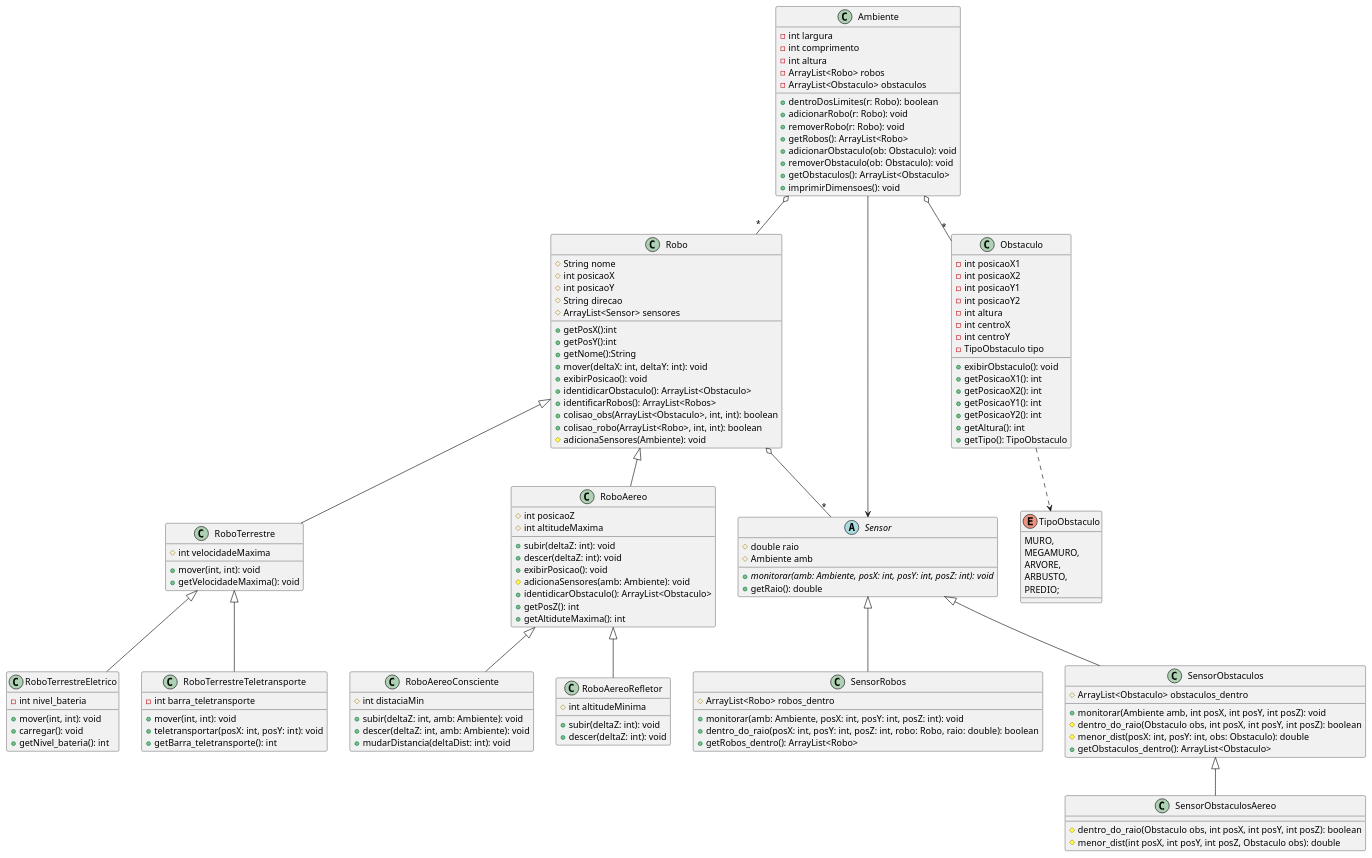
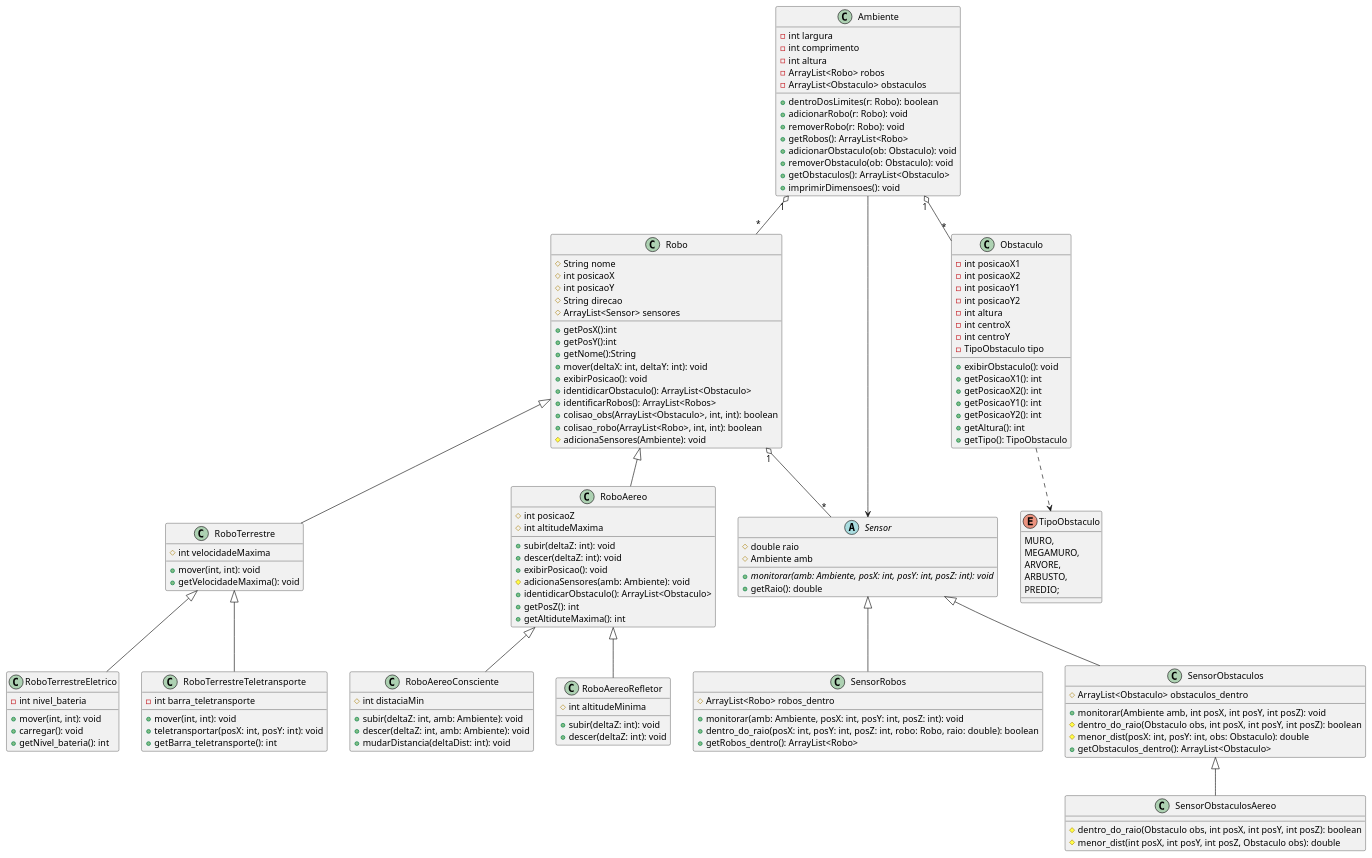
Before and after one commit to MSCII7/MC322: the diagram in teste.puml, drawn with PlantUML. The commit also changed 6 other files, not shown here.

```diff
--- a/teste.puml
+++ b/teste.puml
@@ -1,136 +1,136 @@
 @startuml
 class Robo {
   #String nome
   #int posicaoX
   #int posicaoY
   #String direcao
   #ArrayList<Sensor> sensores
   +getPosX():int
   +getPosY():int
   +getNome():String
   +mover(deltaX: int, deltaY: int): void
   +exibirPosicao(): void
   +identidicarObstaculo(): ArrayList<Obstaculo>  
   +identificarRobos(): ArrayList<Robos>
   +colisao_obs(ArrayList<Obstaculo>, int, int): boolean
   +colisao_robo(ArrayList<Robo>, int, int): boolean
   #adicionaSensores(Ambiente): void
 
 }
 class RoboTerrestre {
     #int velocidadeMaxima
     +mover(int, int): void
     +getVelocidadeMaxima(): void
 }
 class RoboTerrestreEletrico {
     -int nivel_bateria
     +mover(int, int): void
     +carregar(): void
     +getNivel_bateria(): int
 }
 class RoboTerrestreTeletransporte {
     -int barra_teletransporte
     +mover(int, int): void
     +teletransportar(posX: int, posY: int): void
     +getBarra_teletransporte(): int
 }
 class RoboAereo {
     #int posicaoZ
     #int altitudeMaxima
     +subir(deltaZ: int): void
     +descer(deltaZ: int): void
     +exibirPosicao(): void
     #adicionaSensores(amb: Ambiente): void
     +identidicarObstaculo(): ArrayList<Obstaculo>
     +getPosZ(): int
     +getAltiduteMaxima(): int
 }
 class RoboAereoConsciente {
     #int distaciaMin
     +subir(deltaZ: int, amb: Ambiente): void
     +descer(deltaZ: int, amb: Ambiente): void
     +mudarDistancia(deltaDist: int): void
 }
 class RoboAereoRefletor {
     #int altitudeMinima
     +subir(deltaZ: int): void
     +descer(deltaZ: int): void
 }
 abstract class Sensor {
     #double raio
     #Ambiente amb
     +{abstract} monitorar(amb: Ambiente, posX: int, posY: int, posZ: int): void
     +getRaio(): double
 }
 class SensorRobos {
     #ArrayList<Robo> robos_dentro
     +monitorar(amb: Ambiente, posX: int, posY: int, posZ: int): void
     +dentro_do_raio(posX: int, posY: int, posZ: int, robo: Robo, raio: double): boolean
     +getRobos_dentro(): ArrayList<Robo>
 }
 class SensorObstaculos {
     #ArrayList<Obstaculo> obstaculos_dentro
     +monitorar(Ambiente amb, int posX, int posY, int posZ): void
     #dentro_do_raio(Obstaculo obs, int posX, int posY, int posZ): boolean
     #menor_dist(posX: int, posY: int, obs: Obstaculo): double
     +getObstaculos_dentro(): ArrayList<Obstaculo>
 }
 class SensorObstaculosAereo {
     #dentro_do_raio(Obstaculo obs, int posX, int posY, int posZ): boolean
     #menor_dist(int posX, int posY, int posZ, Obstaculo obs): double
 }
 class Ambiente {
    -int largura
    -int comprimento
    -int altura
    -ArrayList<Robo> robos
    -ArrayList<Obstaculo> obstaculos
    +dentroDosLimites(r: Robo): boolean 
    +adicionarRobo(r: Robo): void
    +removerRobo(r: Robo): void
    +getRobos(): ArrayList<Robo>
    +adicionarObstaculo(ob: Obstaculo): void
    +removerObstaculo(ob: Obstaculo): void
    +getObstaculos(): ArrayList<Obstaculo>
    +imprimirDimensoes(): void
 }
 class Obstaculo {
     -int posicaoX1
     -int posicaoX2
     -int posicaoY1
     -int posicaoY2
     -int altura
     -int centroX
     -int centroY 
     -TipoObstaculo tipo
     +exibirObstaculo(): void
     +getPosicaoX1(): int
     +getPosicaoX2(): int
     +getPosicaoY1(): int
     +getPosicaoY2(): int
     +getAltura(): int
     +getTipo(): TipoObstaculo
 }
 enum TipoObstaculo {
     MURO,
     MEGAMURO,
     ARVORE,
     ARBUSTO,
     PREDIO;
 }
 
 SensorObstaculos <|-- SensorObstaculosAereo
 Sensor <|-- SensorObstaculos
 Sensor <|-- SensorRobos
 Ambiente --> Sensor
-Ambiente o-- "*" Robo
-Ambiente o-- "*" Obstaculo
-Robo o-- "*" Sensor
+Ambiente "1" o-- "*" Robo
+Ambiente "1" o-- "*" Obstaculo
+Robo "1" o-- "*" Sensor
 RoboAereo <|-- RoboAereoRefletor
 RoboAereo <|-- RoboAereoConsciente
 RoboTerrestre <|-- RoboTerrestreTeletransporte
 RoboTerrestre <|-- RoboTerrestreEletrico
 Robo <|-- RoboAereo
 Robo <|-- RoboTerrestre
 Obstaculo ..> TipoObstaculo
 @enduml
```
